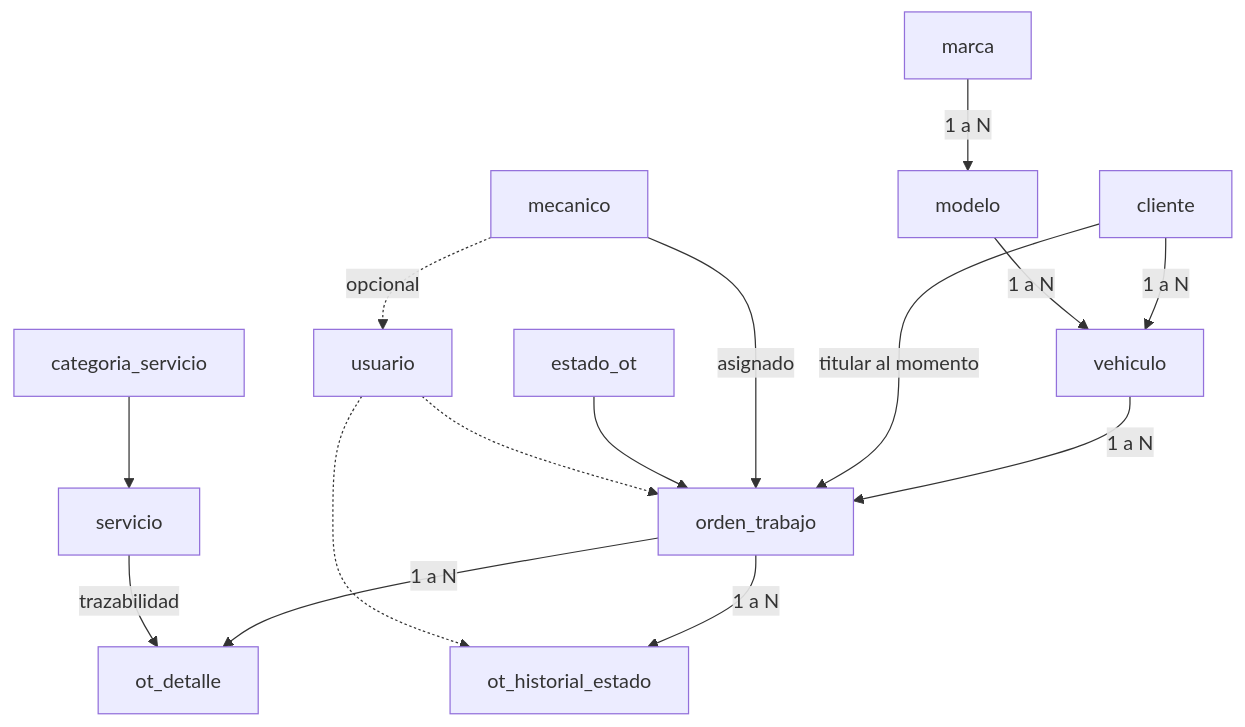
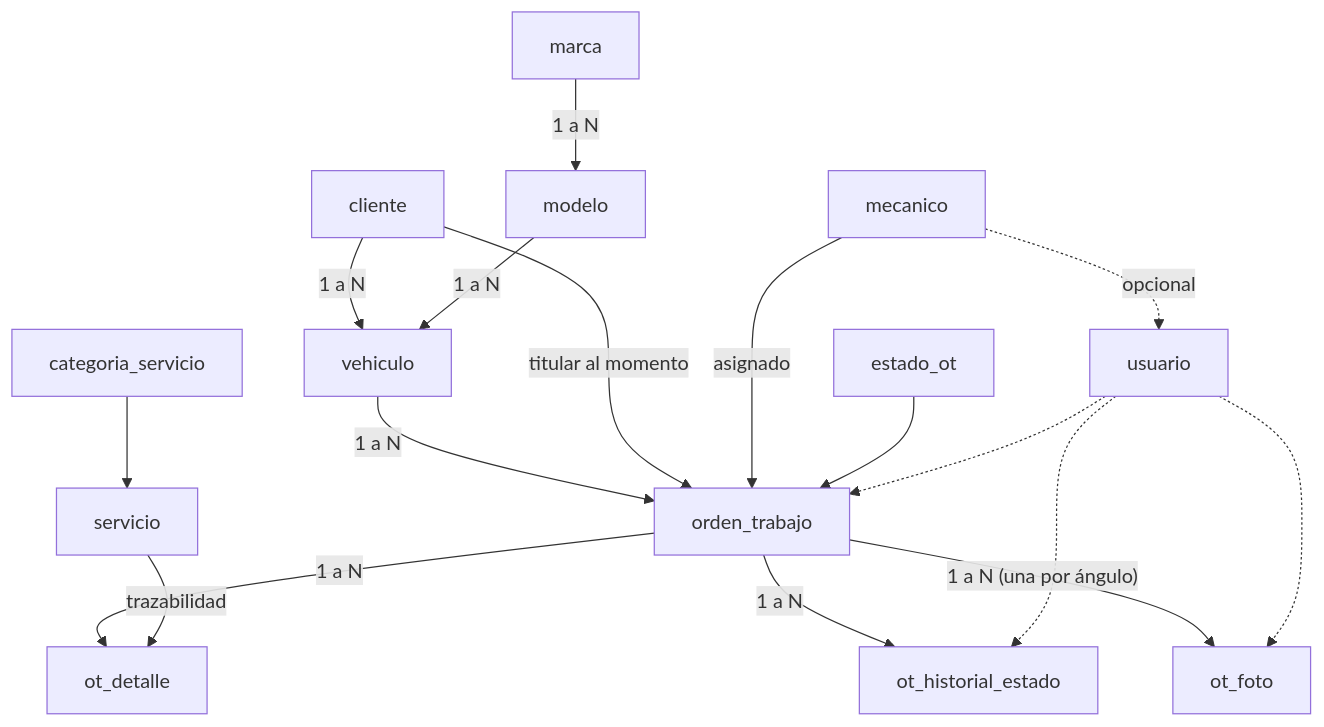
The second of 3 diagrams in doc/Docu.md (MedinaLucas1996/taller-mecanico), drawn with Mermaid before and after one commit. The commit also changed other lines of this file and 5 other files, not shown here.

````diff
--- a/doc/Docu.md
+++ b/doc/Docu.md
@@ -139,17 +160,19 @@
 ```mermaid
 graph TD
     cliente["cliente"] -->|"1 a N"| vehiculo["vehiculo"]
     marca["marca"] -->|"1 a N"| modelo["modelo"]
     modelo -->|"1 a N"| vehiculo
     vehiculo -->|"1 a N"| orden_trabajo["orden_trabajo"]
     cliente -->|"titular al momento"| orden_trabajo
     mecanico["mecanico"] -->|"asignado"| orden_trabajo
     estado_ot["estado_ot"] --> orden_trabajo
     orden_trabajo -->|"1 a N"| ot_detalle["ot_detalle"]
     servicio["servicio"] -->|"trazabilidad"| ot_detalle
     categoria_servicio["categoria_servicio"] --> servicio
     orden_trabajo -->|"1 a N"| ot_historial_estado["ot_historial_estado"]
+    orden_trabajo -->|"1 a N (una por ángulo)"| ot_foto["ot_foto"]
     usuario["usuario"] -.-> orden_trabajo
     usuario -.-> ot_historial_estado
+    usuario -.-> ot_foto
     mecanico -.->|"opcional"| usuario
 ```
````
